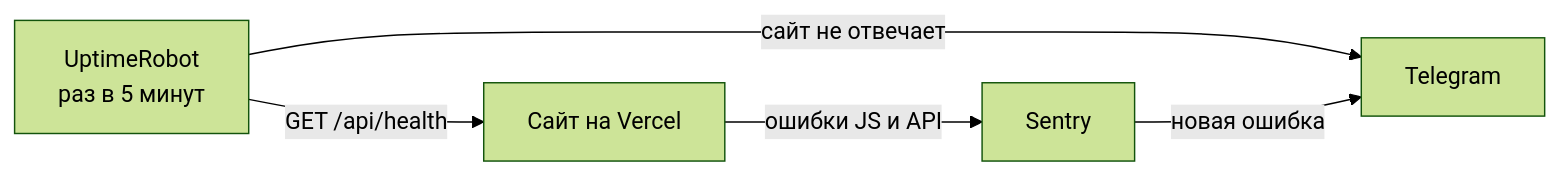
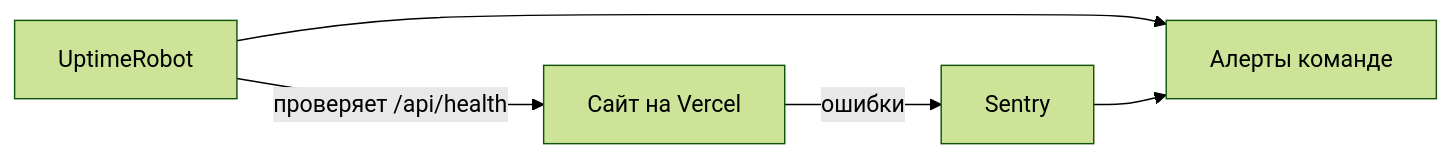
The second of 2 diagrams in README.md (neojelll/codenzo-test-task), drawn with Mermaid (forest theme) before and after one commit. The commit also changed other lines of this file, not shown here.

````diff
--- a/README.md
+++ b/README.md
@@ -65,7 +64,7 @@
 ```mermaid
 flowchart LR
-    U[UptimeRobot<br/>раз в 5 минут] -->|GET /api/health| APP[Сайт на Vercel]
-    APP -->|ошибки JS и API| SE[Sentry]
-    U -->|сайт не отвечает| TG[Telegram]
-    SE -->|новая ошибка| TG
+    U[UptimeRobot] -->|проверяет /api/health| APP[Сайт на Vercel]
+    APP -->|ошибки| SE[Sentry]
+    U --> A[Алерты команде]
+    SE --> A
 ```
````
